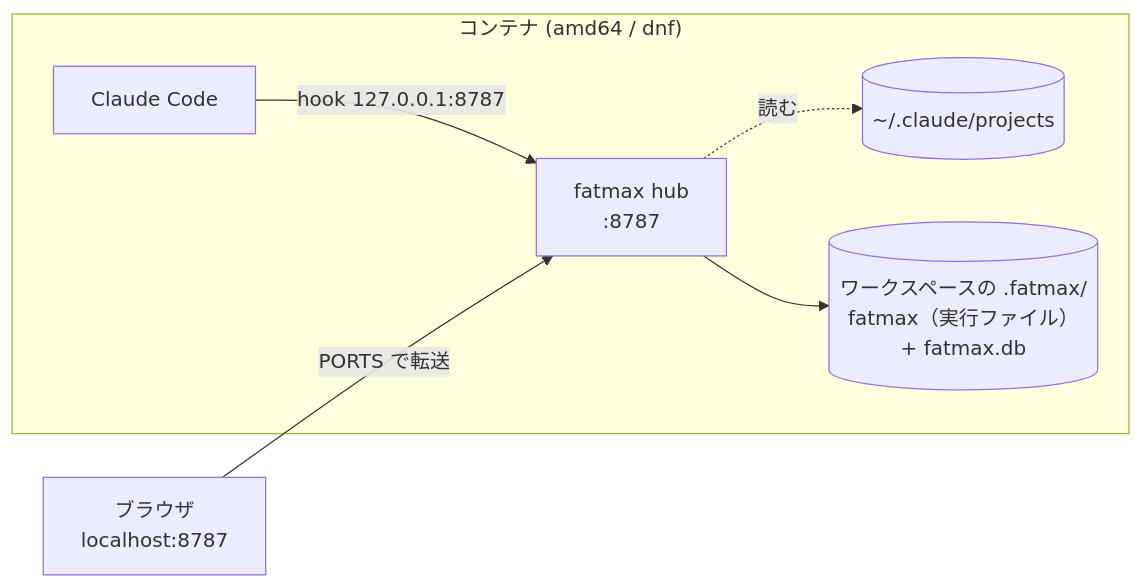
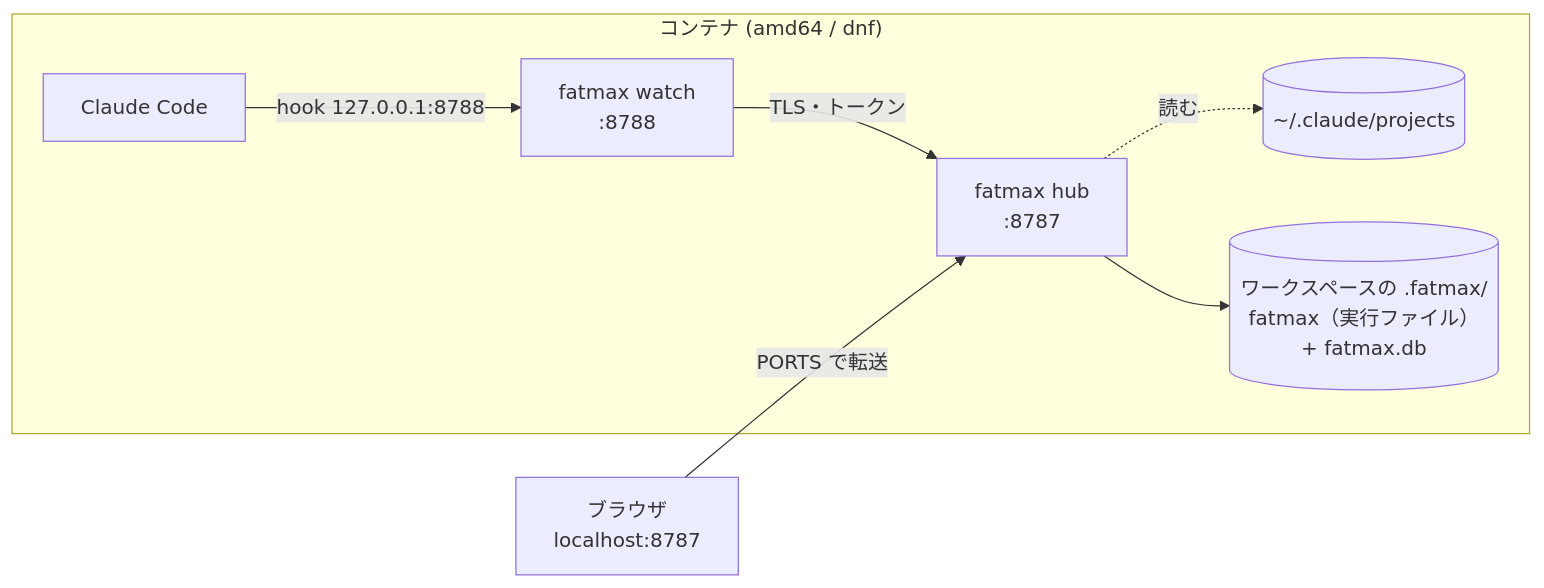
Before and after one commit to nodesi-jp/fatmax: the diagram in INSTALL-container.md, drawn with Mermaid. The commit also changed other lines of this file and 44 other files, not shown here.

````diff
--- a/INSTALL-container.md
+++ b/INSTALL-container.md
@@ -23,13 +23,15 @@
 ```mermaid
 flowchart LR
   subgraph C["コンテナ (amd64 / dnf)"]
     CC["Claude Code"]
+    W["fatmax watch<br/>:8788"]
     H["fatmax hub<br/>:8787"]
     T[("~/.claude/projects")]
     DB[("ワークスペースの .fatmax/<br/>fatmax（実行ファイル）+ fatmax.db")]
-    CC -->|"hook 127.0.0.1:8787"| H
+    CC -->|"hook 127.0.0.1:8788"| W
+    W -->|"TLS・トークン"| H
     H -.->|読む| T
     H --> DB
   end
   BR["ブラウザ<br/>localhost:8787"] -->|"PORTS で転送"| H
 ```
````
